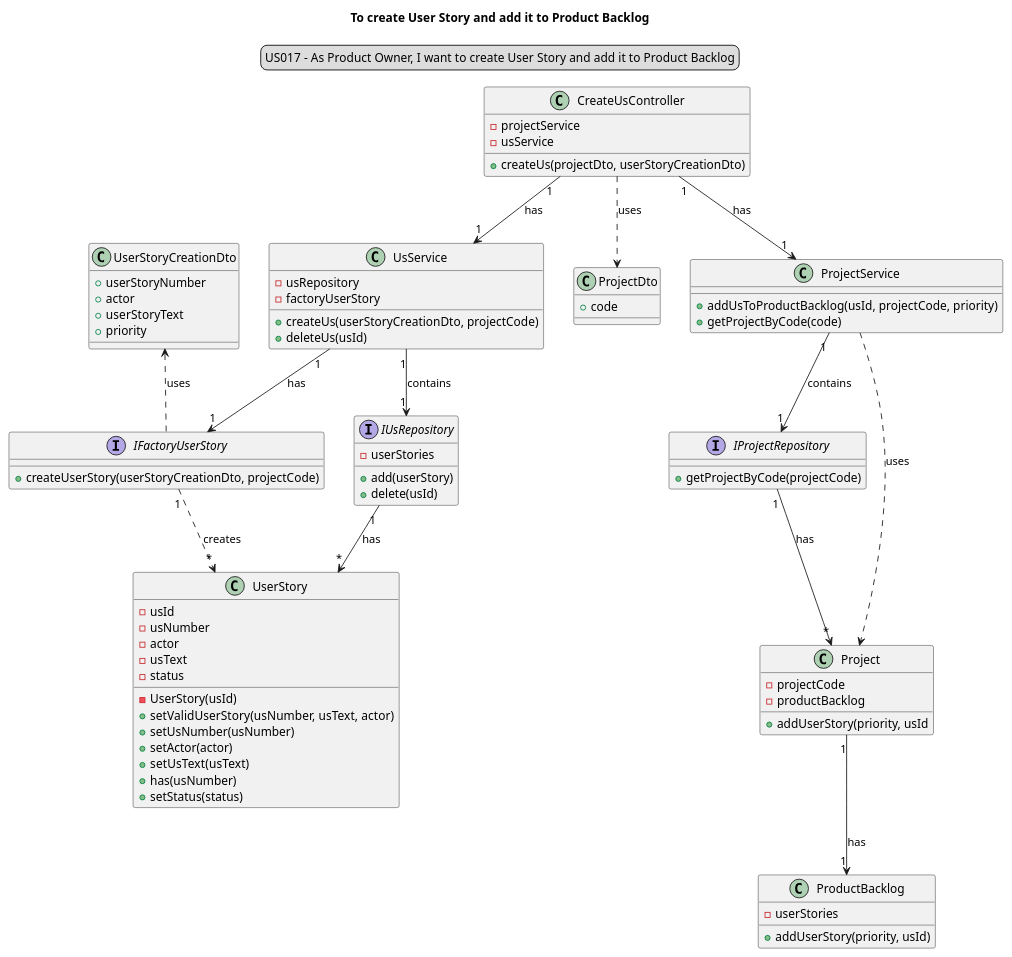
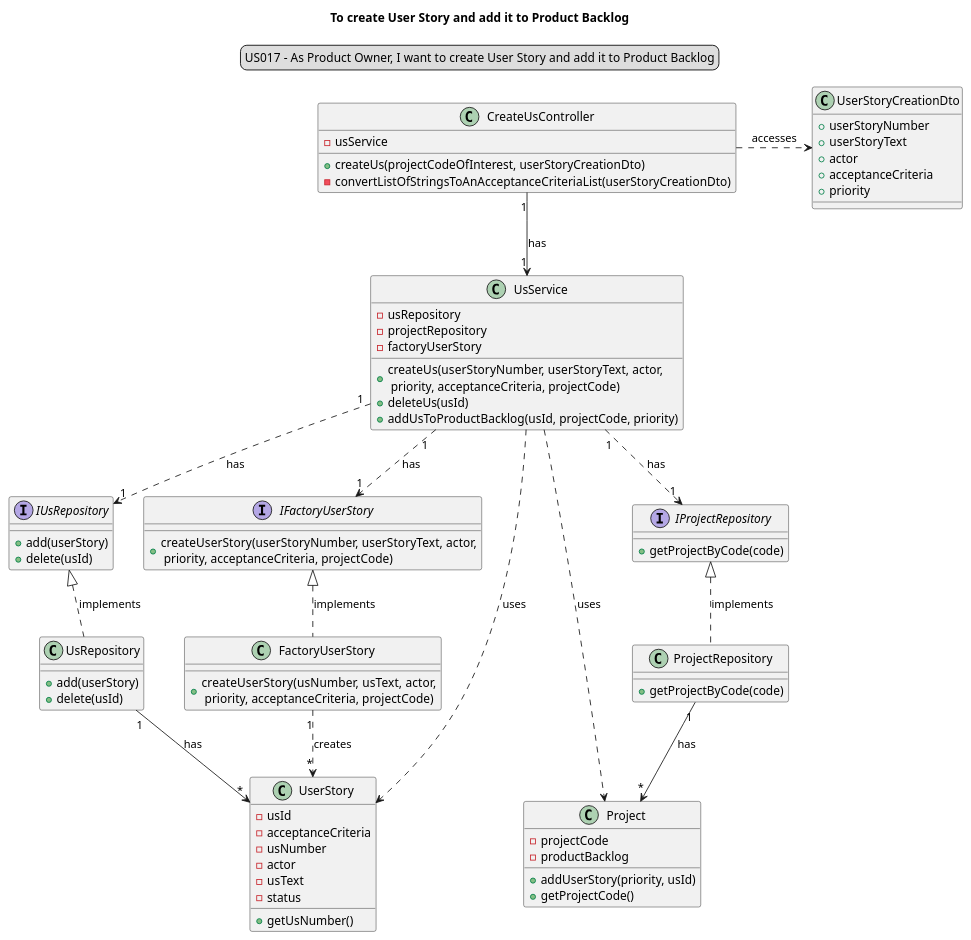
Before and after one commit to Loracline/project_switch_22-23: the diagram in docs/modelling_design/user_stories/sprint03/us017/US017_classDiagram.puml, drawn with PlantUML. The commit also changed 1 other file, not shown here.

Commit message:
US017: Design: Updated sequence and class diagrams, closes #235

```diff
--- a/docs/modelling_design/user_stories/sprint03/us017/US017_classDiagram.puml
+++ b/docs/modelling_design/user_stories/sprint03/us017/US017_classDiagram.puml
@@ -1,91 +1,117 @@
 @startuml
 'https://plantuml.com/sequence-diagram
 legend top
 US017 - As Product Owner, I want to create User Story and add it to Product Backlog
 end legend
 skinparam sequenceMessageAlign center
 title To create User Story and add it to Product Backlog
 
 
 class "CreateUsController" {
-- projectService
 - usService
-+ createUs(projectDto, userStoryCreationDto)
++ createUs(projectCodeOfInterest, userStoryCreationDto)
+-convertListOfStringsToAnAcceptanceCriteriaList(userStoryCreationDto)
+}
+
+class "UserStoryCreationDto"{
++userStoryNumber
++userStoryText
++actor
++acceptanceCriteria
++priority
 }
 
 class "UsService" {
 - usRepository
+- projectRepository
 - factoryUserStory
-+ createUs(userStoryCreationDto, projectCode)
++ createUs(userStoryNumber, userStoryText, actor,\n priority, acceptanceCriteria, projectCode)
 + deleteUs(usId)
++ addUsToProductBacklog(usId, projectCode, priority)
 }
 
-class "ProjectService"{
-+ addUsToProductBacklog(usId, projectCode, priority)
+interface "IFactoryUserStory" {
++ createUserStory(userStoryNumber, userStoryText, actor,\n priority, acceptanceCriteria, projectCode)
+}
+
+class "FactoryUserStory"{
++ createUserStory(usNumber, usText, actor,\n priority, acceptanceCriteria, projectCode)
+}
+
+interface "IProjectRepository"{
 +getProjectByCode(code)
 }
 
-class "UserStoryCreationDto"{
-+userStoryNumber
-+actor
-+userStoryText
-+priority
+class "ProjectRepository"{
++getProjectByCode(code)
 }
 
-class "ProjectDto"{
-+code
+interface "IUsRepository"{
++add(userStory)
++delete(usId)
+}
+
+class "UsRepository"{
++add(userStory)
++delete(usId)
 }
 
 class "Project"{
 -projectCode
 -productBacklog
-+ addUserStory(priority, usId
-}
-
-class "ProductBacklog" {
--userStories
-+addUserStory(priority, usId)
-}
-
-interface IProjectRepository{
-+getProjectByCode(projectCode)
++ addUserStory(priority, usId)
++ getProjectCode()
 }
 
 class "UserStory"{
 - usId
+- acceptanceCriteria
 - usNumber
 - actor
 - usText
 - status
--UserStory(usId)
-+setValidUserStory(usNumber, usText, actor)
-+setUsNumber(usNumber)
-+setActor(actor)
-+setUsText(usText)
-+has(usNumber)
-+setStatus(status)
++ getUsNumber()
 }
 
-interface "IFactoryUserStory" {
-+ createUserStory(userStoryCreationDto, projectCode)
-}
 
-interface "IUsRepository" {
--userStories
-+add(userStory)
-+delete(usId)
-}
+"CreateUsController" .> "UserStoryCreationDto": accesses
+"CreateUsController" "1"-->"1" "UsService": has
 
-"CreateUsController""1"-->"1" "UsService": has
+"UsService" "1" ..> "1" "IFactoryUserStory": has
+"IFactoryUserStory" <|.. "FactoryUserStory": implements
+"FactoryUserStory" "1"..>"*" "UserStory": creates
+
+
+"UsService" "1" ..> "1" "IProjectRepository": has
+"IProjectRepository" <|.. "ProjectRepository": implements
+"ProjectRepository" "1"-->"*" "Project": has
+
+"UsService" "1" ..> "1" "IUsRepository": has
+"IUsRepository" <|.. "UsRepository": implements
+"UsRepository" "1"-->"*" "UserStory": has
+
+"UsService" ..> "UserStory": uses
+"UsService" ..> "Project": uses
+
+
+
+/'
+
+
+
+
+
+
+
 "CreateUsController" "1"-->"1" "ProjectService": has
 "CreateUsController" ..>"ProjectDto": uses
 "ProjectService" ..> "Project": uses
 "ProjectService" "1"-->"1" "IProjectRepository": contains
-"IProjectRepository" "1"-->"*" "Project": has
+
 "Project" "1"-->"1" "ProductBacklog": has
 "UsService" "1"-->"1" "IFactoryUserStory": has
-"IFactoryUserStory" "1"..>"*" "UserStory": creates
+
 "UsService" "1"-->"1" "IUsRepository": contains
 "IUsRepository" "1"-->"*" "UserStory": has
-"UserStoryCreationDto" <.. "IFactoryUserStory": uses
+"UserStoryCreationDto" <.. "IFactoryUserStory": uses'/
 @enduml
```
